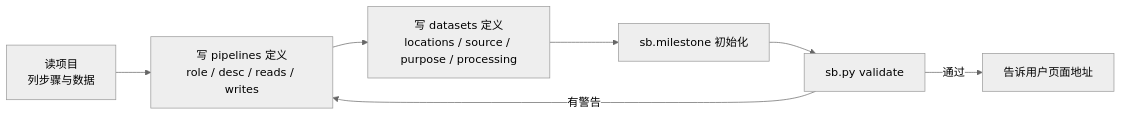
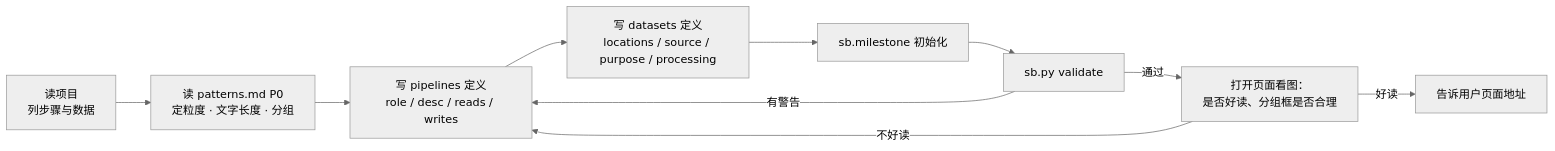
One commit to StevenHuang233/AI-record changed the third of 10 diagrams in skills/status-board/SKILL.md. Above: the diagram before and after it, drawn with Mermaid (neutral theme). The commit also changed other lines of this file and 8 other files, not shown here.

````diff
--- a/skills/status-board/SKILL.md
+++ b/skills/status-board/SKILL.md
@@ -97,9 +97,12 @@
 ```mermaid
 flowchart LR
-    A["读项目<br/>列步骤与数据"] --> B["写 pipelines 定义<br/>role / desc / reads / writes"]
+    A["读项目<br/>列步骤与数据"] --> P0["读 patterns.md P0<br/>定粒度 · 文字长度 · 分组"]
+    P0 --> B["写 pipelines 定义<br/>role / desc / reads / writes"]
     B --> C["写 datasets 定义<br/>locations / source / purpose / processing"]
     C --> D["sb.milestone 初始化"]
     D --> E["sb.py validate"]
     E -->|"有警告"| B
-    E -->|"通过"| F["告诉用户页面地址"]
+    E -->|"通过"| V["打开页面看图：<br/>是否好读、分组框是否合理"]
+    V -->|"不好读"| B
+    V -->|"好读"| F["告诉用户页面地址"]
 ```
````
